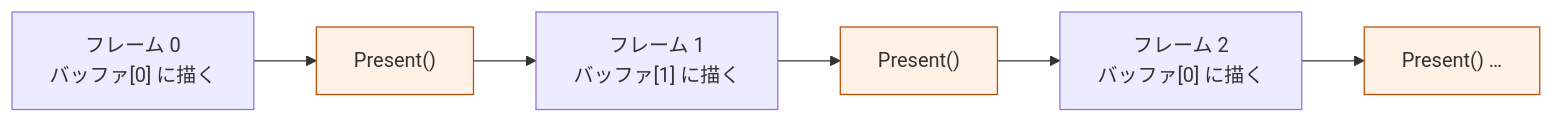
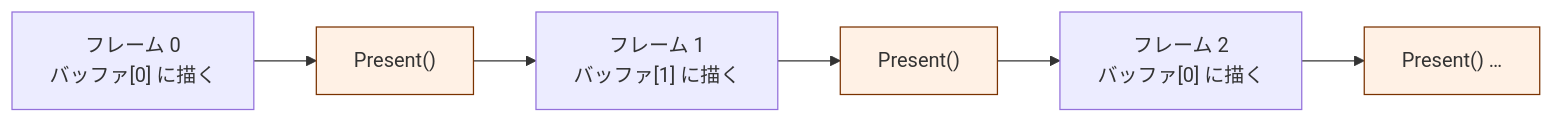
The fourth of 4 diagrams in docs/design/描画フロー.md (Tomonorarari-Think/DirectX12Dev), drawn with Mermaid before and after one commit. The commit also changed other lines of this file and 24 other files, not shown here.

First line of the commit message:
fix: 図の配色を見直し、コントラスト比を 7:1 以上に引き上げる

````diff
--- a/docs/design/描画フロー.md
+++ b/docs/design/描画フロー.md
@@ -235,12 +235,12 @@
 ```mermaid
 flowchart LR
     F0["フレーム 0<br/>バッファ[0] に描く"] --> P0["Present()"]
     P0 --> F1["フレーム 1<br/>バッファ[1] に描く"]
     F1 --> P1["Present()"]
     P1 --> F2["フレーム 2<br/>バッファ[0] に描く"]
     F2 --> P2["Present() …"]
 
-    style P0 fill:#fff1e5,stroke:#bc4c00
-    style P1 fill:#fff1e5,stroke:#bc4c00
-    style P2 fill:#fff1e5,stroke:#bc4c00
+    style P0 fill:#fff1e5,stroke:#7a3200
+    style P1 fill:#fff1e5,stroke:#7a3200
+    style P2 fill:#fff1e5,stroke:#7a3200
 ```
````
